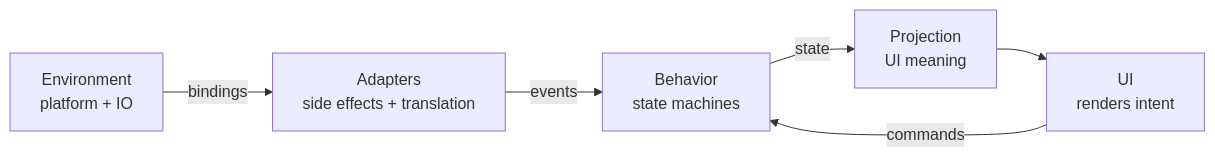
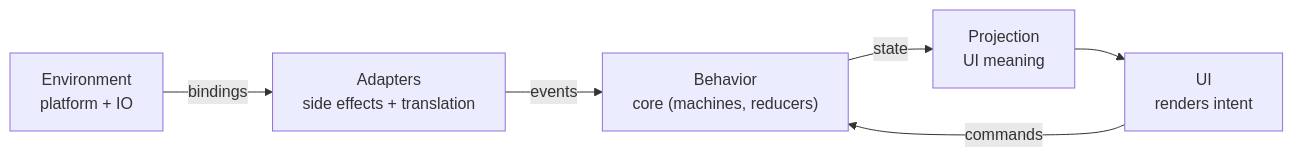
One commit to 0xjcf/port8080folio changed the diagram in src/content/blog/when-code-becomes-cheap.md. Above: the diagram before and after it, drawn with Mermaid. The commit also changed other lines of this file, not shown here.

````diff
--- a/src/content/blog/when-code-becomes-cheap.md
+++ b/src/content/blog/when-code-becomes-cheap.md
@@ -72,8 +72,8 @@
 ```mermaid
 flowchart LR
   ENV["Environment<br/>platform + IO"] -->|bindings| AD["Adapters<br/>side effects + translation"]
-  AD -->|events| BEH["Behavior<br/>state machines"]
+  AD -->|events| BEH["Behavior<br/>core (machines, reducers)"]
   BEH -->|state| PROJ["Projection<br/>UI meaning"]
   PROJ --> UI["UI<br/>renders intent"]
   UI -->|commands| BEH
 ```
````
